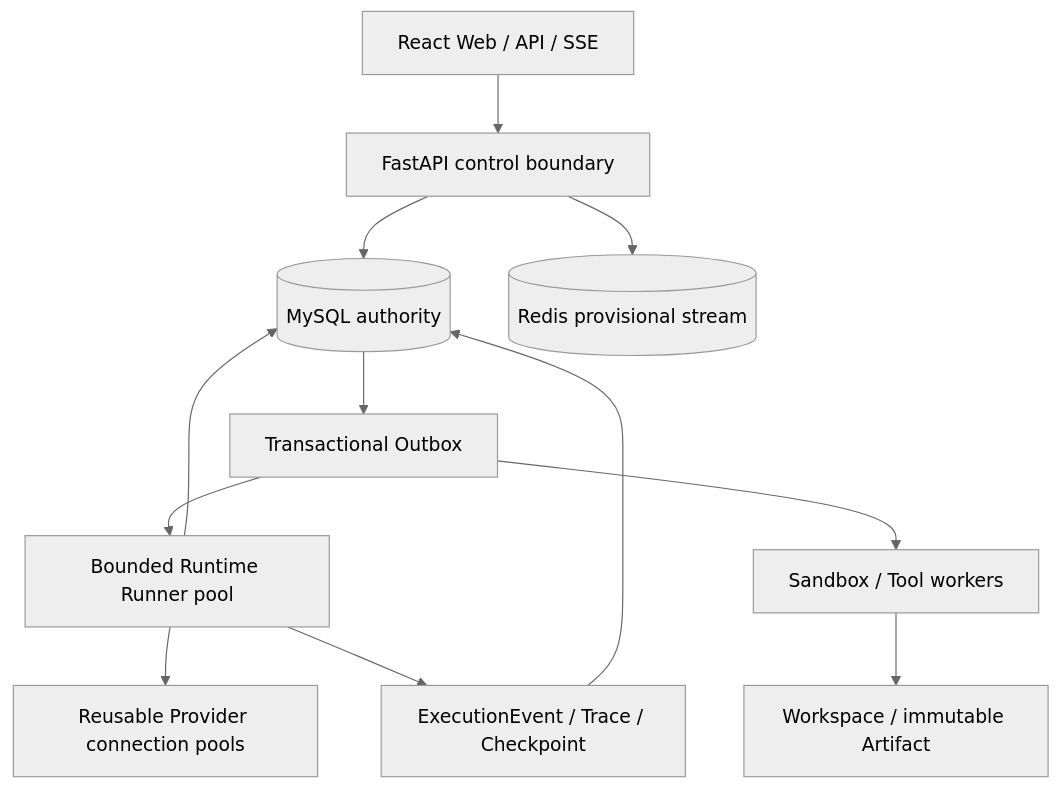
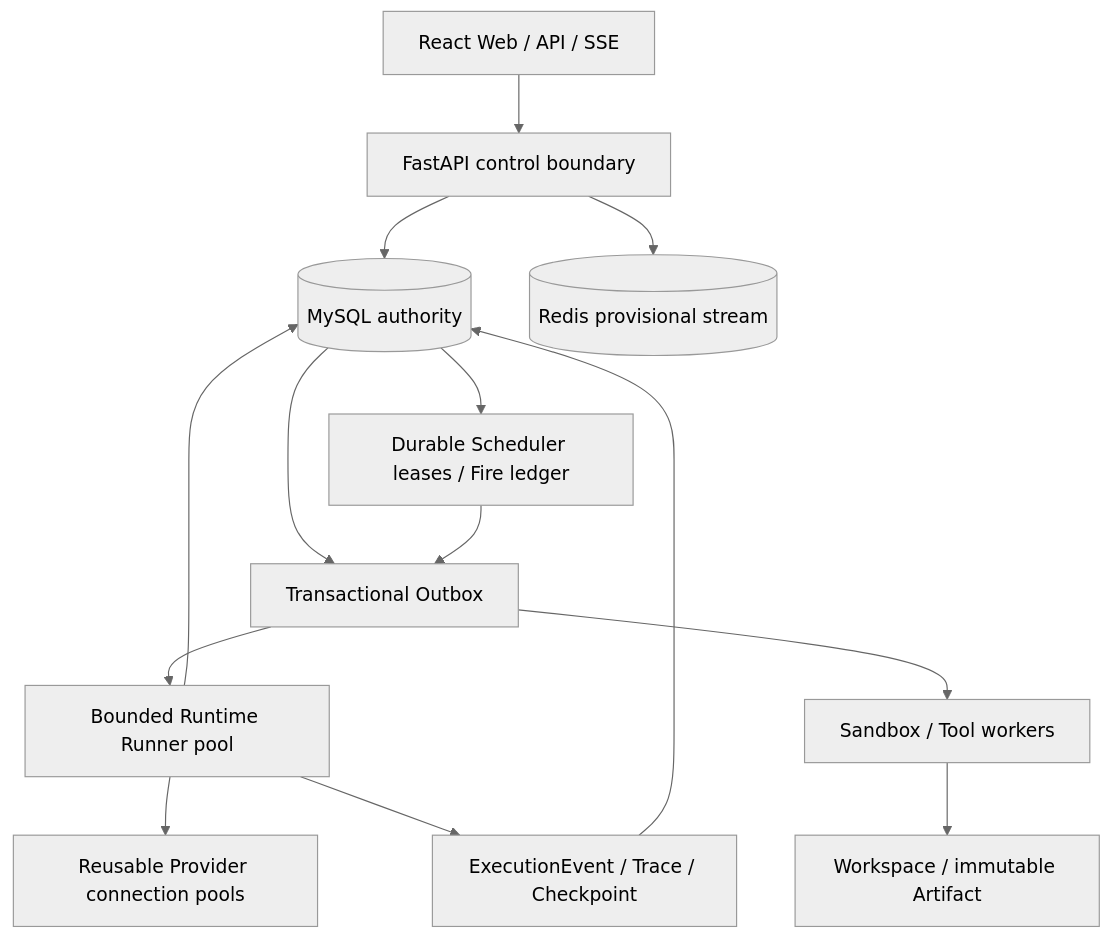
One commit to wsbr/myclaw changed the second of 2 diagrams in README.md. Above: the diagram before and after it, drawn with Mermaid (neutral theme). The commit also changed 76 other files, not shown here.

````diff
--- a/README.md
+++ b/README.md
@@ -64,14 +64,16 @@
 ```mermaid
 flowchart TB
     UI["React Web / API / SSE"] --> API["FastAPI control boundary"]
     API --> DB[("MySQL authority")]
     API --> REDIS[("Redis provisional stream")]
     DB --> OUTBOX["Transactional Outbox"]
+    DB --> SCHEDULER["Durable Scheduler leases / Fire ledger"]
+    SCHEDULER --> OUTBOX
     OUTBOX --> RUNTIME["Bounded Runtime Runner pool"]
     OUTBOX --> SANDBOX["Sandbox / Tool workers"]
     RUNTIME --> PROVIDERS["Reusable Provider connection pools"]
     RUNTIME --> DB
     SANDBOX --> WORKSPACE["Workspace / immutable Artifact"]
     RUNTIME --> EVENTS["ExecutionEvent / Trace / Checkpoint"]
     EVENTS --> DB
 ```
````
